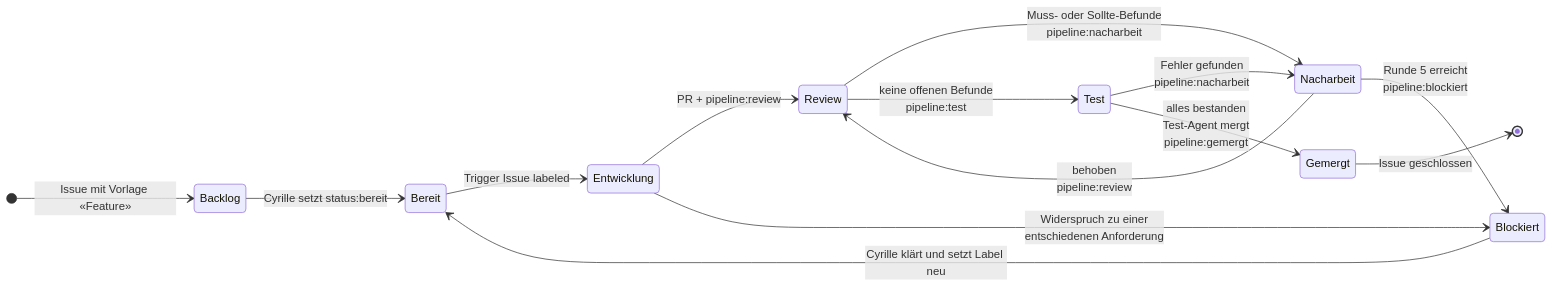
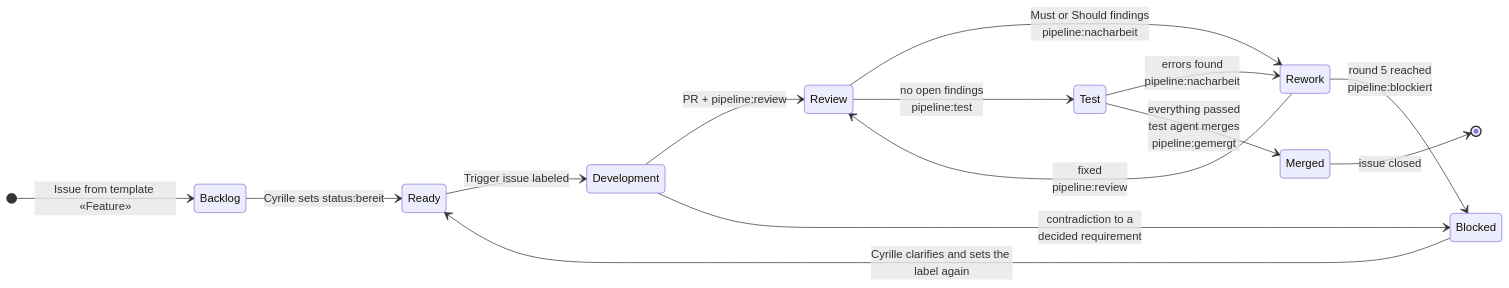
The diagram in docs/pipeline/README.md (cyrilleulmi/StvBeroPlatform), drawn with Mermaid before and after one commit. The commit also changed other lines of this file and 111 other files, not shown here.

````diff
--- a/docs/pipeline/README.md
+++ b/docs/pipeline/README.md
@@ -20,17 +20,17 @@
 ```mermaid
 stateDiagram-v2
     direction LR
-    [*] --> Backlog: Issue mit Vorlage «Feature»
-    Backlog --> Bereit: Cyrille setzt status:bereit
-    Bereit --> Entwicklung: Trigger Issue labeled
-    Entwicklung --> Review: PR + pipeline:review
-    Review --> Nacharbeit: Muss- oder Sollte-Befunde<br/>pipeline:nacharbeit
-    Review --> Test: keine offenen Befunde<br/>pipeline:test
-    Test --> Nacharbeit: Fehler gefunden<br/>pipeline:nacharbeit
-    Test --> Gemergt: alles bestanden<br/>Test-Agent mergt<br/>pipeline:gemergt
-    Nacharbeit --> Review: behoben<br/>pipeline:review
-    Nacharbeit --> Blockiert: Runde 5 erreicht<br/>pipeline:blockiert
-    Entwicklung --> Blockiert: Widerspruch zu einer<br/>entschiedenen Anforderung
-    Blockiert --> Bereit: Cyrille klärt und setzt Label neu
-    Gemergt --> [*]: Issue geschlossen
+    [*] --> Backlog: Issue from template «Feature»
+    Backlog --> Ready: Cyrille sets status:bereit
+    Ready --> Development: Trigger issue labeled
+    Development --> Review: PR + pipeline:review
+    Review --> Rework: Must or Should findings<br/>pipeline:nacharbeit
+    Review --> Test: no open findings<br/>pipeline:test
+    Test --> Rework: errors found<br/>pipeline:nacharbeit
+    Test --> Merged: everything passed<br/>test agent merges<br/>pipeline:gemergt
+    Rework --> Review: fixed<br/>pipeline:review
+    Rework --> Blocked: round 5 reached<br/>pipeline:blockiert
+    Development --> Blocked: contradiction to a<br/>decided requirement
+    Blocked --> Ready: Cyrille clarifies and sets the label again
+    Merged --> [*]: issue closed
 ```
````
